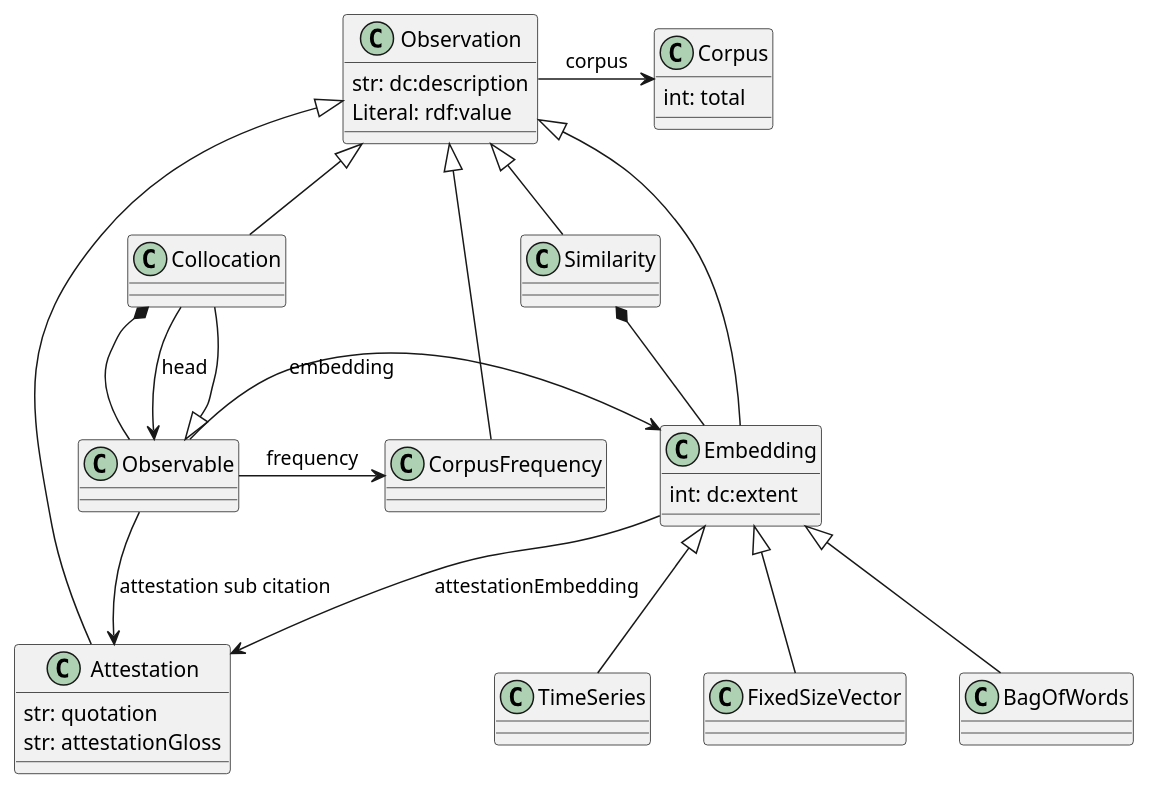
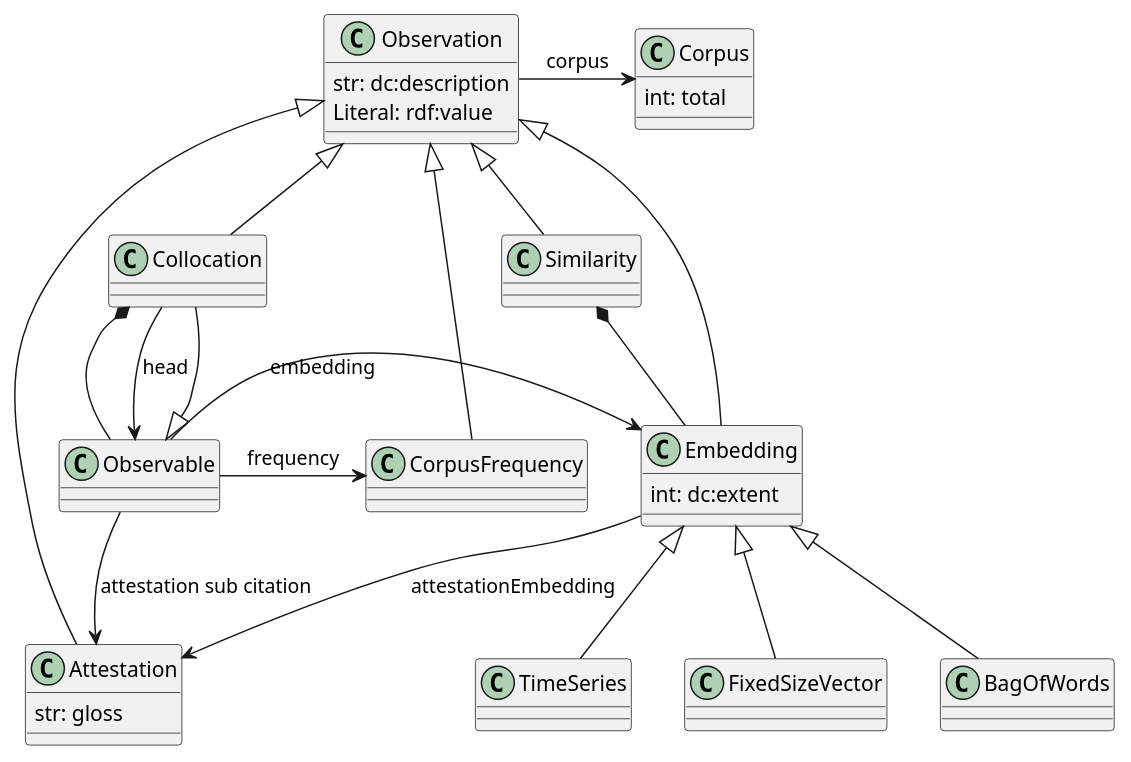
One commit to ontolex/frequency-attestation-corpus-information changed the diagram in img/diagram-with-observation.puml. Above: the diagram before and after it, drawn with PlantUML.

```diff
--- a/img/diagram-with-observation.puml
+++ b/img/diagram-with-observation.puml
@@ -1,50 +1,49 @@
 @startuml
 
 class Observation {
   str: dc:description
   Literal: rdf:value
 }
 
 Observation -> Corpus: corpus
 
 Collocation -up-|> Observation
 Similarity -up-|> Observation
 CorpusFrequency -up-|> Observation
 Attestation -up-|> Observation
 Embedding -up-|> Observation
 
 Collocation *-down- Observable
 
 Embedding -down-> Attestation: attestationEmbedding
 
 Observable -> Embedding: embedding
 Observable -> CorpusFrequency: frequency
 Observable -> Attestation: attestation sub citation
 
 class Embedding {
  int: dc:extent
 }
 
 FixedSizeVector -up-|> Embedding
 BagOfWords -up-|> Embedding
 TimeSeries -up-|> Embedding
 
 Similarity *-down- Embedding
 
 class CorpusFrequency {
 }
 
 class Attestation {
-  str: quotation
-  str: attestationGloss
+  str: gloss
 }
 
 class Corpus {
   int: total
 }
 
 
 Collocation -down-> Observable: head
 Collocation -down-|> Observable
 
 @enduml
```
